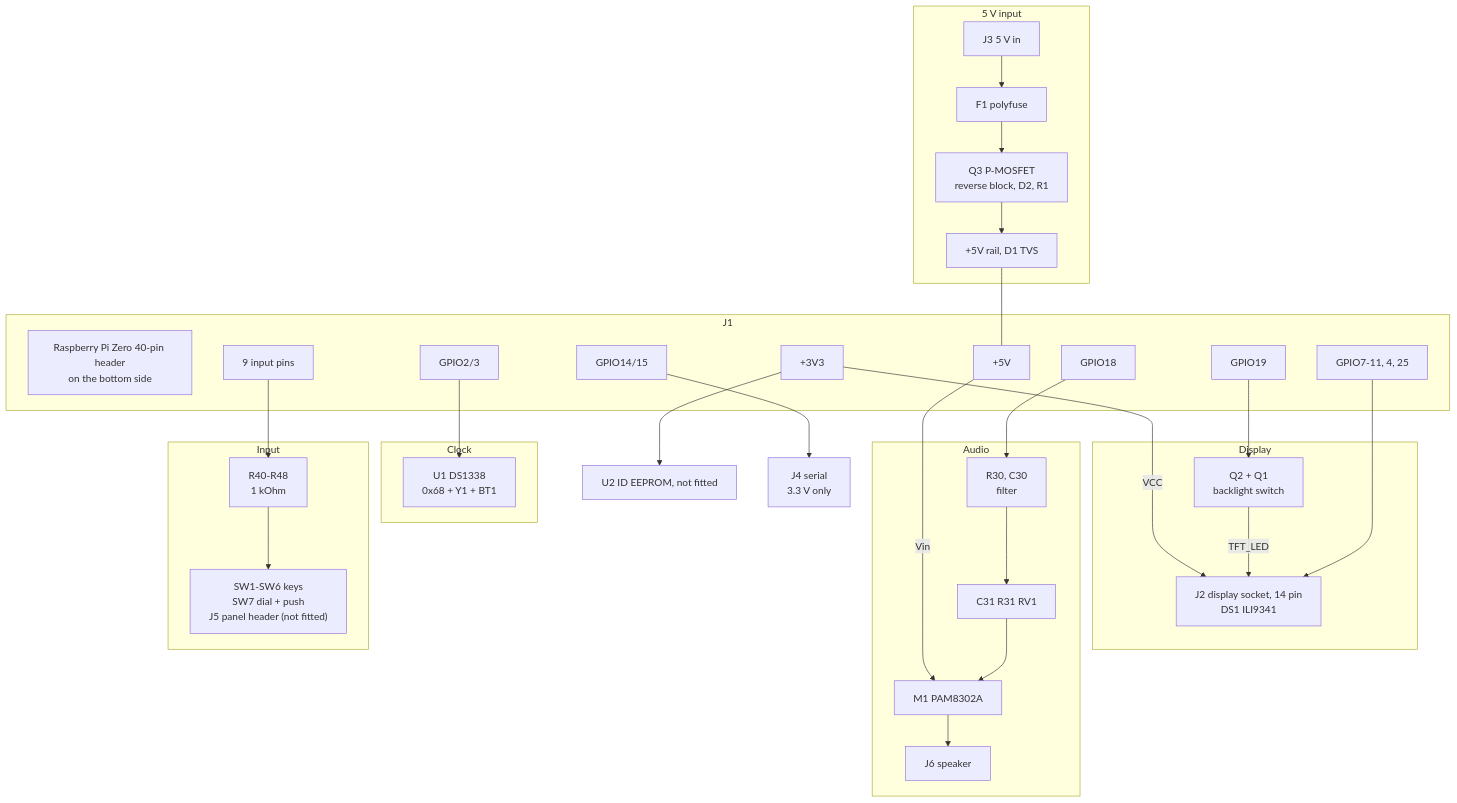
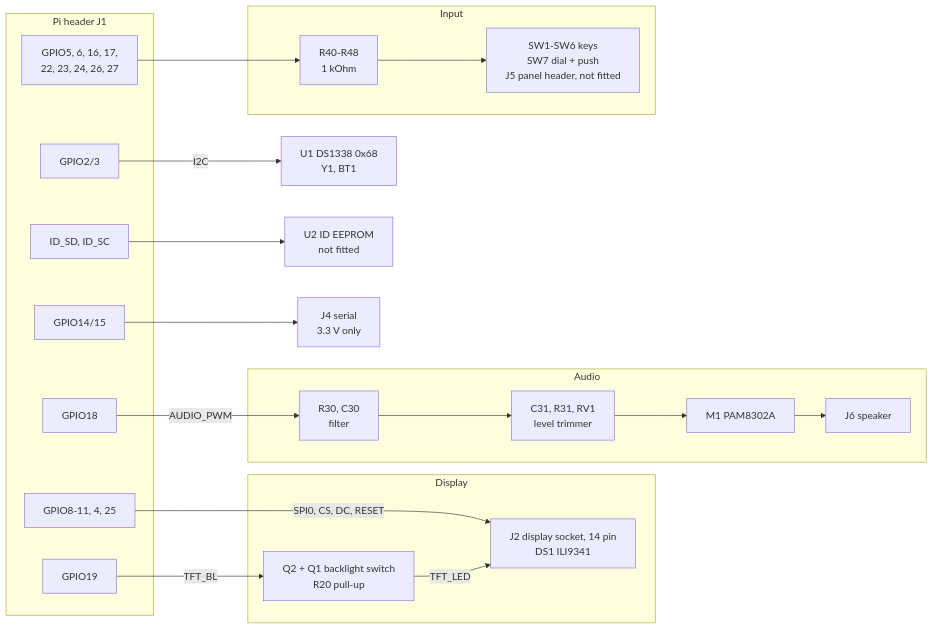
Before and after one commit to RobCo-Industries/RobCo-Hardware: the second of 2 diagrams in pipboy-hat/spec/SPEC.md, drawn with Mermaid. The commit also changed other lines of this file, not shown here.

Commit message:
Redraw the Pip-Boy diagrams from its spec

````diff
--- a/pipboy-hat/spec/SPEC.md
+++ b/pipboy-hat/spec/SPEC.md
@@ -38,51 +65,37 @@
 ```mermaid
-flowchart TB
-    subgraph J1["J1"]
-        HDR["Raspberry Pi Zero 40-pin header<br/>on the bottom side"]
-        P5V["+5V"]
-        P3V3["+3V3"]
+flowchart LR
+    subgraph J1["Pi header J1"]
+        SPI["GPIO8-11, 4, 25"]
+        BL["GPIO19"]
         I2C["GPIO2/3"]
-        SPI["GPIO7-11, 4, 25"]
-        BL["GPIO19"]
+        IDP["ID_SD, ID_SC"]
         UART["GPIO14/15"]
         PWM["GPIO18"]
-        INP["9 input pins"]
-    end
-    subgraph CLOCK["Clock"]
-        U1["U1 DS1338<br/>0x68 + Y1 + BT1"]
+        INP["GPIO5, 6, 16, 17,<br/>22, 23, 24, 26, 27"]
     end
     subgraph DISPLAY["Display"]
+        BLSW["Q2 + Q1 backlight switch<br/>R20 pull-up"]
         J2["J2 display socket, 14 pin<br/>DS1 ILI9341"]
-        Q2Q1["Q2 + Q1<br/>backlight switch"]
     end
-    U2["U2 ID EEPROM, not fitted"]
+    U1["U1 DS1338 0x68<br/>Y1, BT1"]
+    U2["U2 ID EEPROM<br/>not fitted"]
     J4["J4 serial<br/>3.3 V only"]
     subgraph AUDIO["Audio"]
         R30["R30, C30<br/>filter"]
-        RV1["C31 R31 RV1"]
+        RV1["C31, R31, RV1<br/>level trimmer"]
         M1["M1 PAM8302A"]
         J6["J6 speaker"]
     end
     subgraph INPUT["Input"]
         R40["R40-R48<br/>1 kOhm"]
-        KEYS["SW1-SW6 keys<br/>SW7 dial + push<br/>J5 panel header (not fitted)"]
+        KEYS["SW1-SW6 keys<br/>SW7 dial + push<br/>J5 panel header, not fitted"]
     end
-    subgraph POWER["5 V input"]
-        J3["J3 5 V in"]
-        F1["F1 polyfuse"]
-        Q3["Q3 P-MOSFET<br/>reverse block, D2, R1"]
-        RAIL["+5V rail, D1 TVS"]
-    end
-    I2C --> U1
-    SPI --> J2
-    BL --> Q2Q1
-    Q2Q1 -- "TFT_LED" --> J2
-    P3V3 -- "VCC" --> J2
-    P3V3 --> U2
+    SPI -- "SPI0, CS, DC, RESET" --> J2
+    BL -- "TFT_BL" --> BLSW
+    BLSW -- "TFT_LED" --> J2
+    I2C -- "I2C" --> U1
+    IDP --> U2
     UART --> J4
-    PWM --> R30 --> RV1 --> M1 --> J6
-    P5V -- "Vin" --> M1
+    PWM -- "AUDIO_PWM" --> R30 --> RV1 --> M1 --> J6
     INP --> R40 --> KEYS
-    J3 --> F1 --> Q3 --> RAIL
-    RAIL --- P5V
 ```
````
